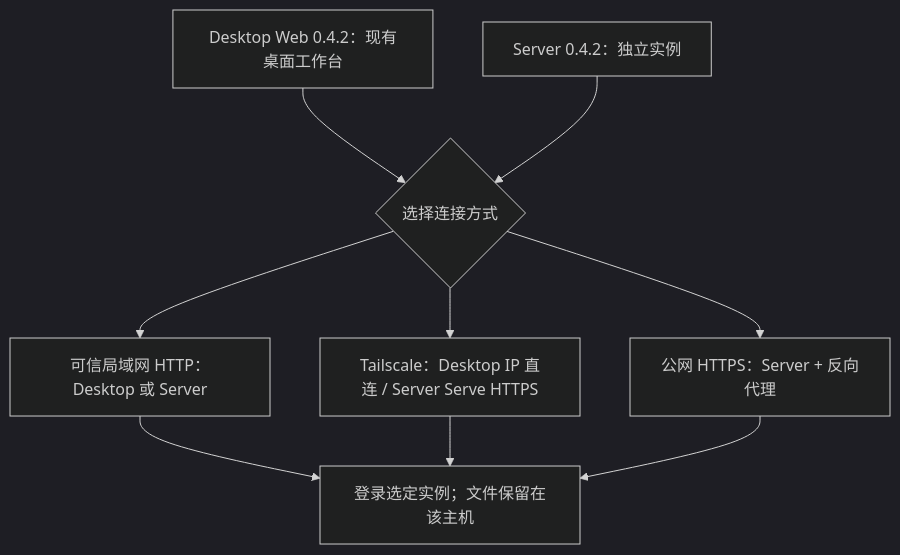
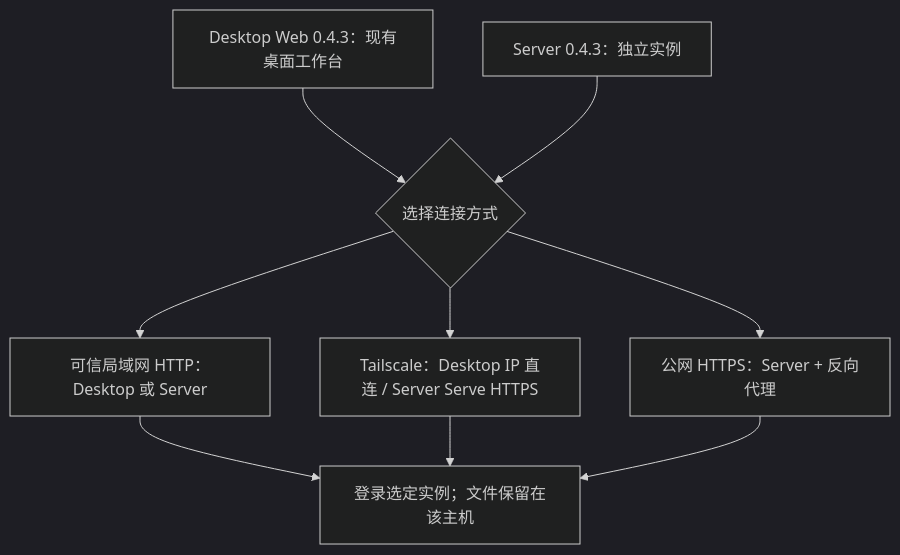
The diagram in website/site/public/assets/diagrams/deployment-choice-zh.mmd (1443205008/rovai-ai), drawn with Mermaid (dark theme) before and after one commit. The commit also changed 11 other files, not shown here.

```diff
--- a/website/site/public/assets/diagrams/deployment-choice-zh.mmd
+++ b/website/site/public/assets/diagrams/deployment-choice-zh.mmd
@@ -1,12 +1,12 @@
 flowchart TB
-  desktop["Desktop Web 0.4.2：现有桌面工作台"]
-  server["Server 0.4.2：独立实例"]
+  desktop["Desktop Web 0.4.3：现有桌面工作台"]
+  server["Server 0.4.3：独立实例"]
   choice{"选择连接方式"}
   desktop --> choice
   server --> choice
   choice --> lan["可信局域网 HTTP：Desktop 或 Server"]
   choice --> ts["Tailscale：Desktop IP 直连 / Server Serve HTTPS"]
   choice --> public["公网 HTTPS：Server + 反向代理"]
   lan --> login["登录选定实例；文件保留在该主机"]
   ts --> login
   public --> login
```
